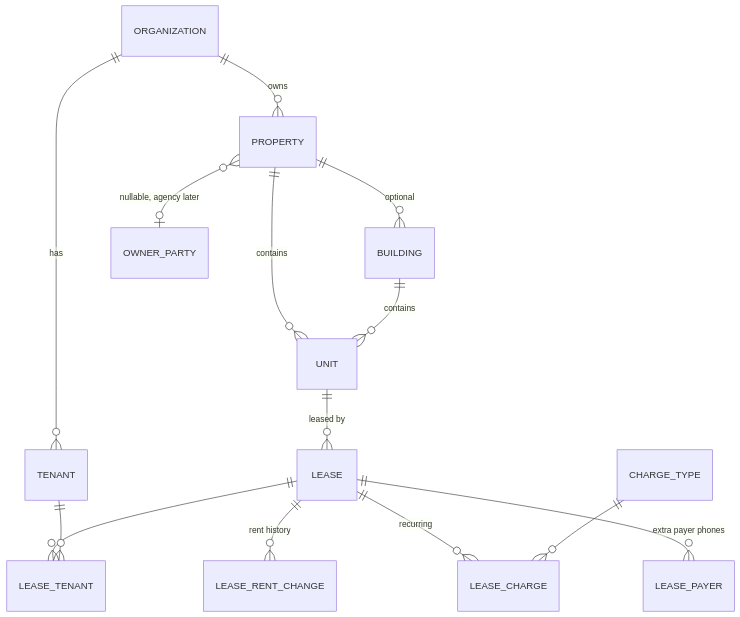
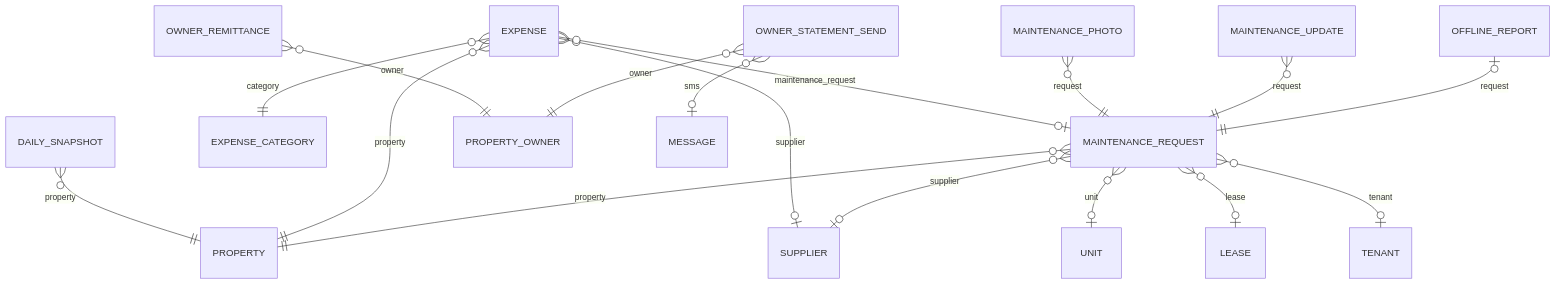
The fourth of 6 diagrams in config/docs/erd.md (meshacklimok/landlordpms), drawn with Mermaid before and after one commit. The commit also changed other lines of this file and 251 other files, not shown here.

````diff
--- a/config/docs/erd.md
+++ b/config/docs/erd.md
@@ -27,16 +145,19 @@
 ```mermaid
 erDiagram
-    ORGANIZATION ||--o{ PROPERTY : owns
-    PROPERTY ||--o{ BUILDING : "optional"
-    PROPERTY ||--o{ UNIT : contains
-    BUILDING ||--o{ UNIT : contains
-    ORGANIZATION ||--o{ TENANT : has
-    UNIT ||--o{ LEASE : "leased by"
-    LEASE ||--o{ LEASE_TENANT : ""
-    TENANT ||--o{ LEASE_TENANT : ""
-    LEASE ||--o{ LEASE_RENT_CHANGE : "rent history"
-    LEASE ||--o{ LEASE_CHARGE : "recurring"
-    LEASE ||--o{ LEASE_PAYER : "extra payer phones"
-    CHARGE_TYPE ||--o{ LEASE_CHARGE : ""
-    PROPERTY }o--o| OWNER_PARTY : "nullable, agency later"
+    DAILY_SNAPSHOT }o--|| PROPERTY : "property"
+    EXPENSE }o--|| PROPERTY : "property"
+    EXPENSE }o--|| EXPENSE_CATEGORY : "category"
+    EXPENSE }o--o| SUPPLIER : "supplier"
+    EXPENSE }o--o| MAINTENANCE_REQUEST : "maintenance_request"
+    MAINTENANCE_PHOTO }o--|| MAINTENANCE_REQUEST : "request"
+    MAINTENANCE_REQUEST }o--|| PROPERTY : "property"
+    MAINTENANCE_REQUEST }o--o| UNIT : "unit"
+    MAINTENANCE_REQUEST }o--o| LEASE : "lease"
+    MAINTENANCE_REQUEST }o--o| TENANT : "tenant"
+    MAINTENANCE_REQUEST }o--o| SUPPLIER : "supplier"
+    MAINTENANCE_UPDATE }o--|| MAINTENANCE_REQUEST : "request"
+    OFFLINE_REPORT |o--|| MAINTENANCE_REQUEST : "request"
+    OWNER_REMITTANCE }o--|| PROPERTY_OWNER : "owner"
+    OWNER_STATEMENT_SEND }o--|| PROPERTY_OWNER : "owner"
+    OWNER_STATEMENT_SEND }o--o| MESSAGE : "sms"
 ```
````
